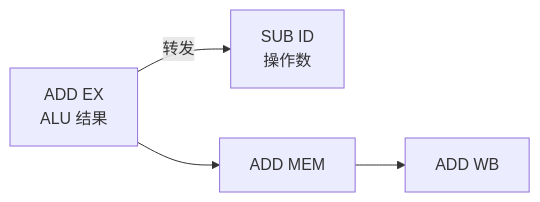
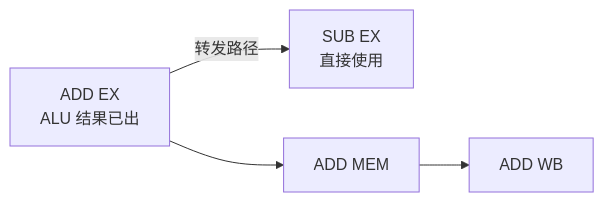
Before and after one commit to swjtuer326/cs-learning-notes: the third of 4 diagrams in riscv/04-microarchitecture/pipeline-basics.md, drawn with Mermaid. The commit also changed other lines of this file and 21 other files, not shown here.

````diff
--- a/riscv/04-microarchitecture/pipeline-basics.md
+++ b/riscv/04-microarchitecture/pipeline-basics.md
@@ -107,6 +113,6 @@
 ```mermaid
 graph LR
-    EX1["ADD EX<br/>ALU 结果"] --> |"转发"| ID2["SUB ID<br/>操作数"]
+    EX1["ADD EX<br/>ALU 结果已出"] --> |"转发路径"| ID2["SUB EX<br/>直接使用"]
     EX1 --> MEM1["ADD MEM"]
     MEM1 --> WB1["ADD WB"]
 ```
````
